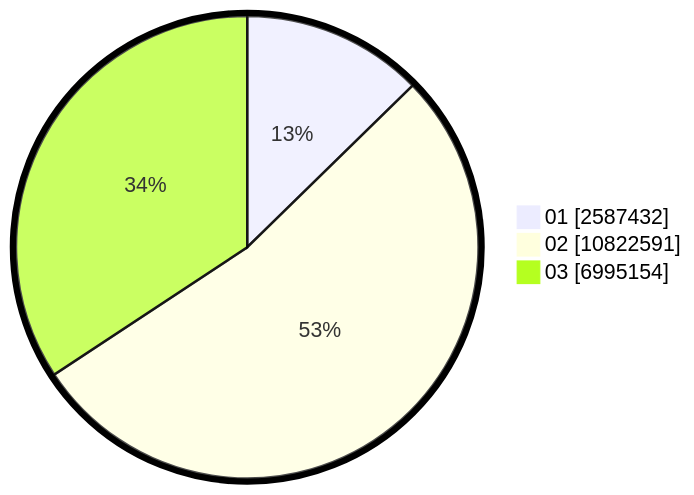
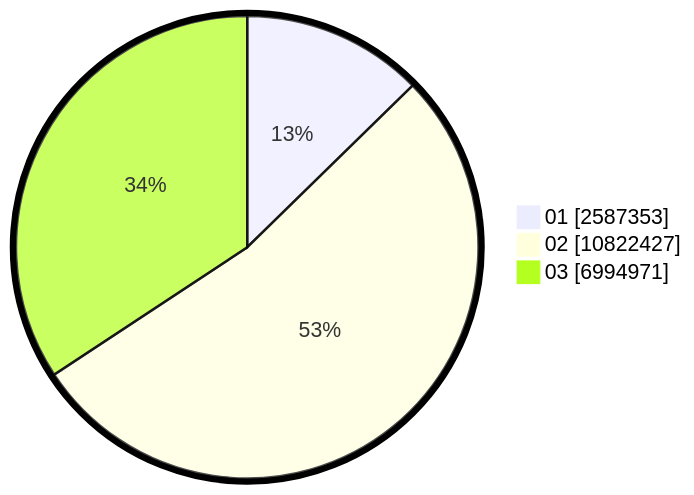
Before and after one commit to gigit-pemilu/pemilu-2024: the second of 2 diagrams in pilpres/hitung-suara/sub/table-wilayah-33.md, drawn with Mermaid. The commit also changed other lines of this file and 10 other files, not shown here.

````diff
--- a/pilpres/hitung-suara/sub/table-wilayah-33.md
+++ b/pilpres/hitung-suara/sub/table-wilayah-33.md
@@ -15,7 +15,7 @@
 ```mermaid
 %%{init: {"pie": {"textPosition": 0.5}, "themeVariables": {"pieOuterStrokeWidth": "5px"}} }%%
 pie showData
-    "01" : 2587432
-    "02" : 10822591
-    "03" : 6995154
+    "01" : 2587353
+    "02" : 10822427
+    "03" : 6994971
 ```
````
